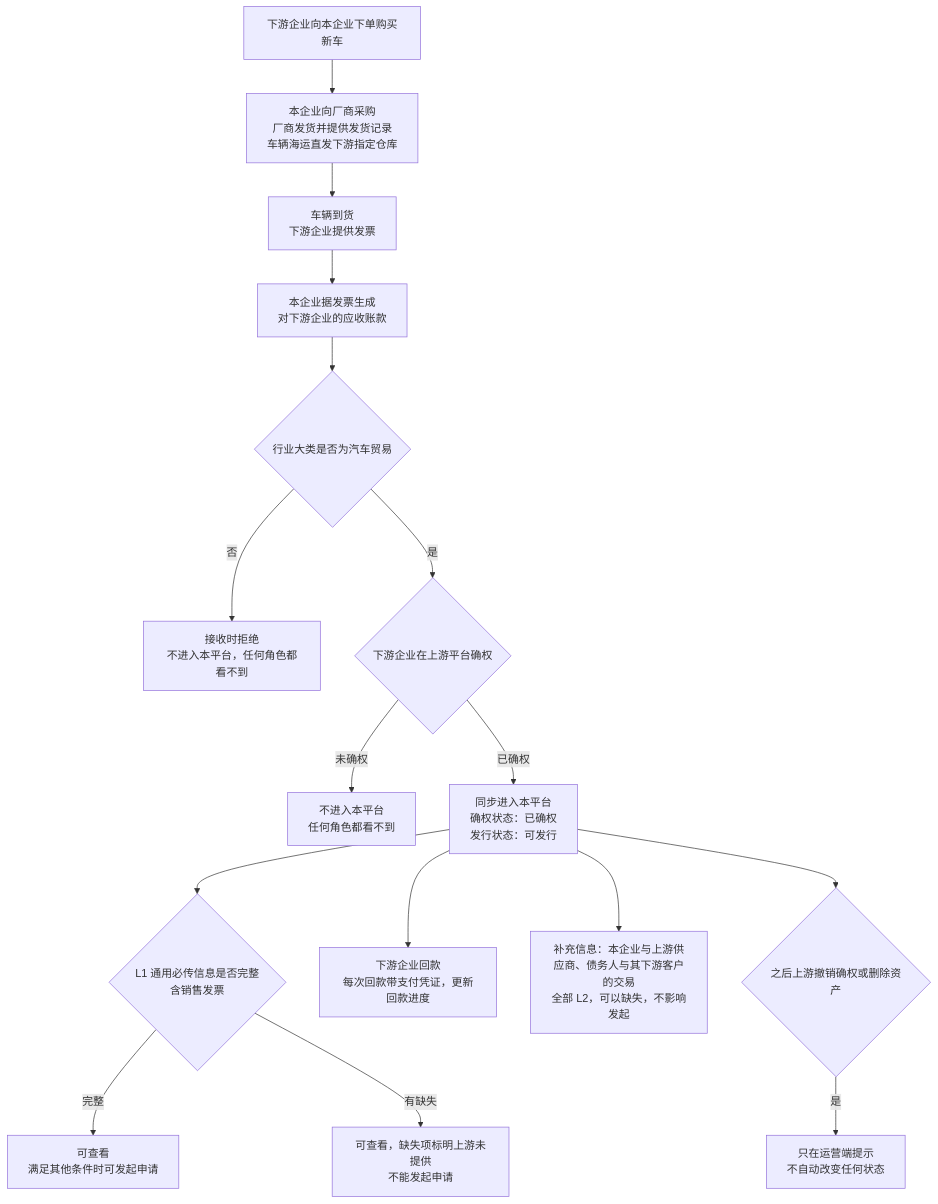
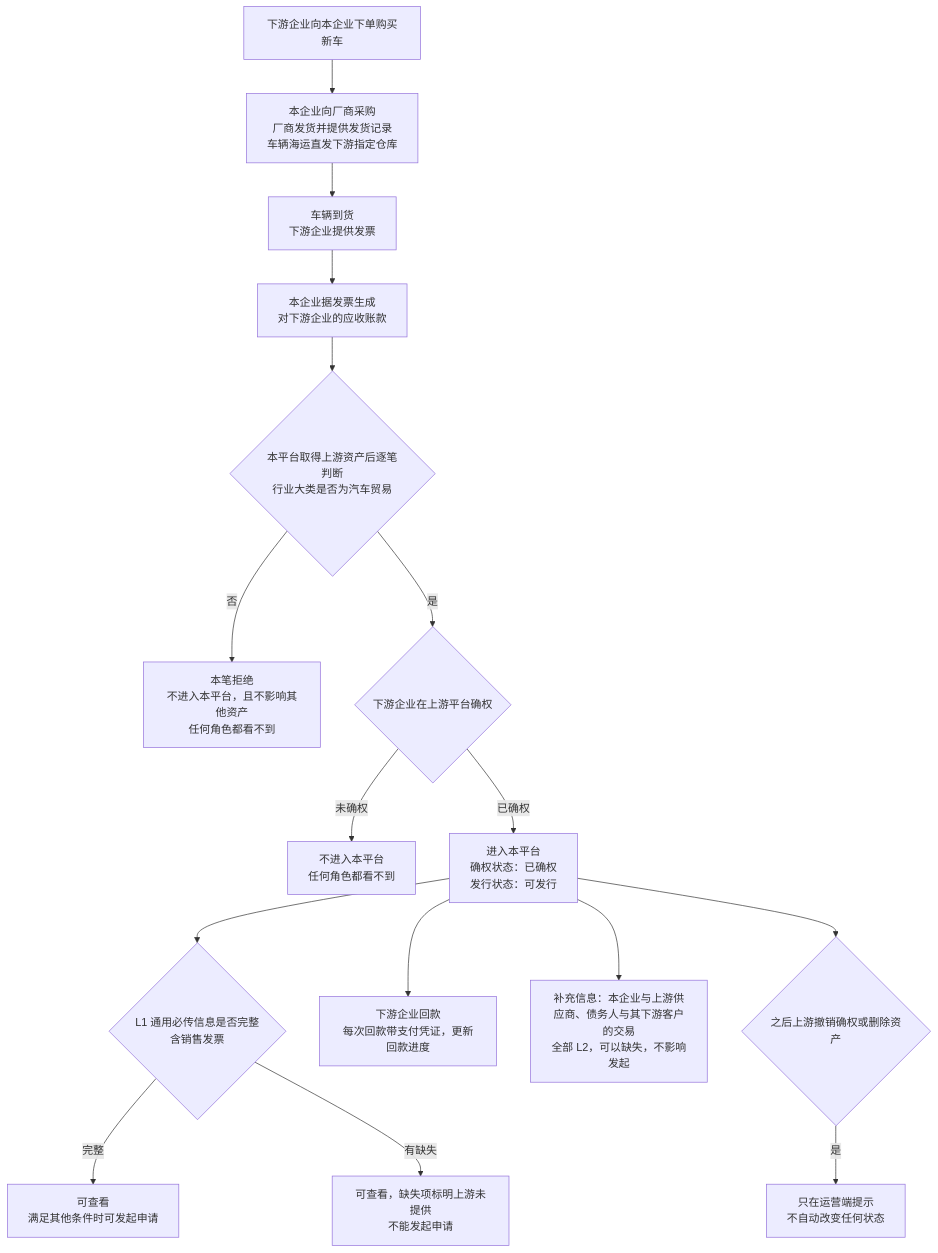
The first of 6 diagrams in token-issuance-platform/PRD/两端共用/M2-可信资产/02-可信资产-流程图与状态机.md (wxblockchain/Chain-Financing), drawn with Mermaid before and after one commit. The commit also changed other lines of this file and 2 other files, not shown here.

````diff
--- a/token-issuance-platform/PRD/两端共用/M2-可信资产/02-可信资产-流程图与状态机.md
+++ b/token-issuance-platform/PRD/两端共用/M2-可信资产/02-可信资产-流程图与状态机.md
@@ -18,18 +18,18 @@
 ```mermaid
 flowchart TD
     A[下游企业向本企业下单购买新车] --> B[本企业向厂商采购<br/>厂商发货并提供发货记录<br/>车辆海运直发下游指定仓库]
     B --> C[车辆到货<br/>下游企业提供发票]
     C --> D[本企业据发票生成<br/>对下游企业的应收账款]
-    D --> E{行业大类是否为汽车贸易}
-    E -->|否| N[接收时拒绝<br/>不进入本平台，任何角色都看不到]
+    D --> E{本平台取得上游资产后逐笔判断<br/>行业大类是否为汽车贸易}
+    E -->|否| N[本笔拒绝<br/>不进入本平台，且不影响其他资产<br/>任何角色都看不到]
     E -->|是| Q{下游企业在上游平台确权}
     Q -->|未确权| F[不进入本平台<br/>任何角色都看不到]
-    Q -->|已确权| G[同步进入本平台<br/>确权状态：已确权<br/>发行状态：可发行]
+    Q -->|已确权| G[进入本平台<br/>确权状态：已确权<br/>发行状态：可发行]
     G --> H{L1 通用必传信息是否完整<br/>含销售发票}
     H -->|完整| I[可查看<br/>满足其他条件时可发起申请]
     H -->|有缺失| J[可查看，缺失项标明上游未提供<br/>不能发起申请]
     G --> K[下游企业回款<br/>每次回款带支付凭证，更新回款进度]
     G --> S[补充信息：本企业与上游供应商、债务人与其下游客户的交易<br/>全部 L2，可以缺失，不影响发起]
     G --> L{之后上游撤销确权或删除资产}
     L -->|是| M[只在运营端提示<br/>不自动改变任何状态]
 ```
````
